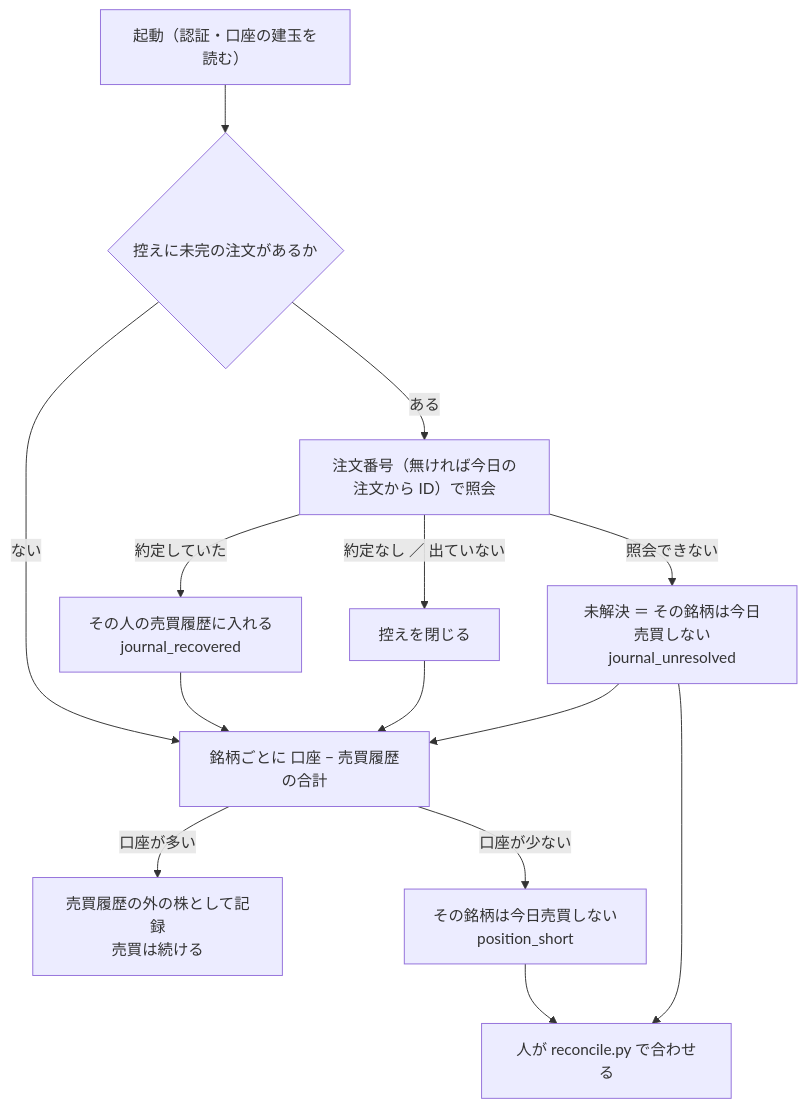
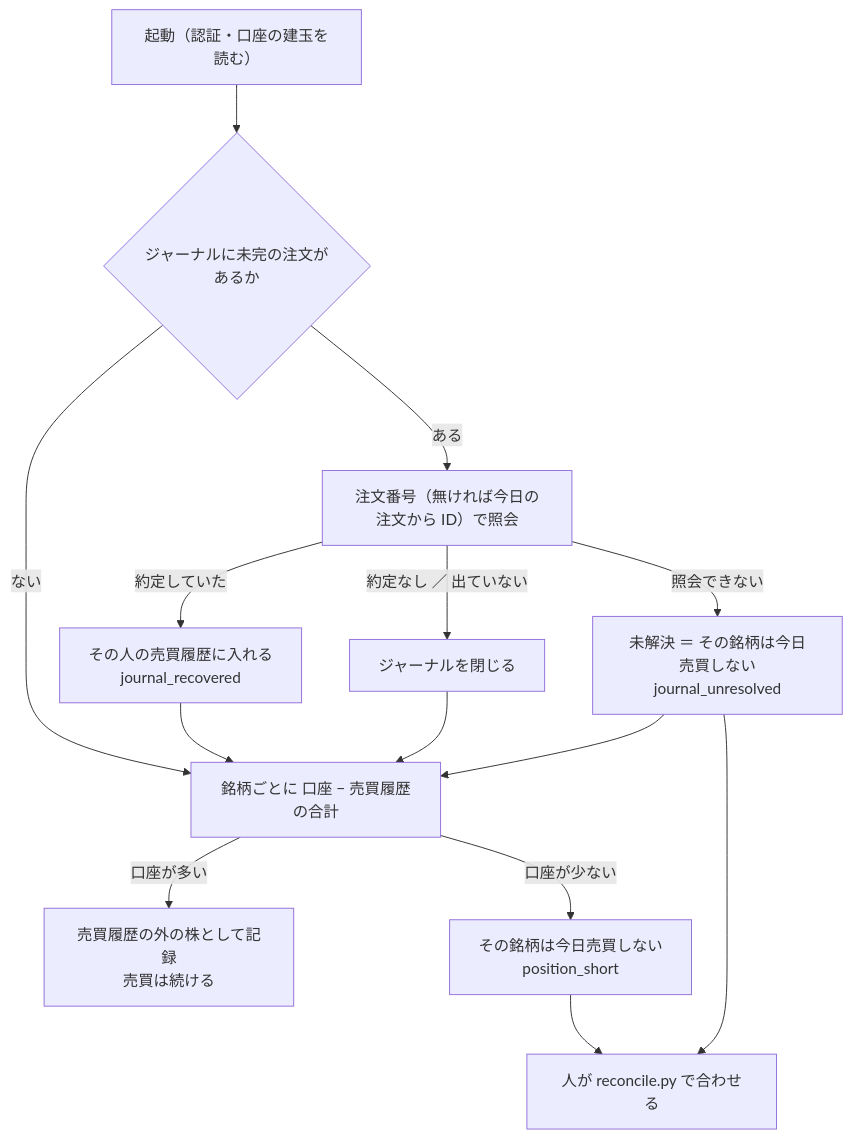
Before and after one commit to akiraak/ai-income-lab: the seventh of 21 diagrams in docs/specs/experiments/live-trading.md, drawn with Mermaid. The commit also changed other lines of this file and 45 other files, not shown here.

````diff
--- a/docs/specs/experiments/live-trading.md
+++ b/docs/specs/experiments/live-trading.md
@@ -693,16 +693,16 @@
 ```mermaid
 flowchart TD
-  S["起動（認証・口座の建玉を読む）"] --> J{"控えに未完の注文があるか"}
+  S["起動（認証・口座の建玉を読む）"] --> J{"ジャーナルに未完の注文があるか"}
   J -->|ある| Q["注文番号（無ければ今日の注文から ID）で照会"]
   Q -->|約定していた| A["その人の売買履歴に入れる<br/>journal_recovered"]
-  Q -->|約定なし ／ 出ていない| N["控えを閉じる"]
+  Q -->|約定なし ／ 出ていない| N["ジャーナルを閉じる"]
   Q -->|照会できない| U["未解決 ＝ その銘柄は今日売買しない<br/>journal_unresolved"]
   J -->|ない| C
   A --> C["銘柄ごとに 口座 − 売買履歴の合計"]
   N --> C
   U --> C
   C -->|口座が多い| O["売買履歴の外の株として記録<br/>売買は続ける"]
   C -->|口座が少ない| B["その銘柄は今日売買しない<br/>position_short"]
   B --> H["人が reconcile.py で合わせる"]
   U --> H
 ```
````
